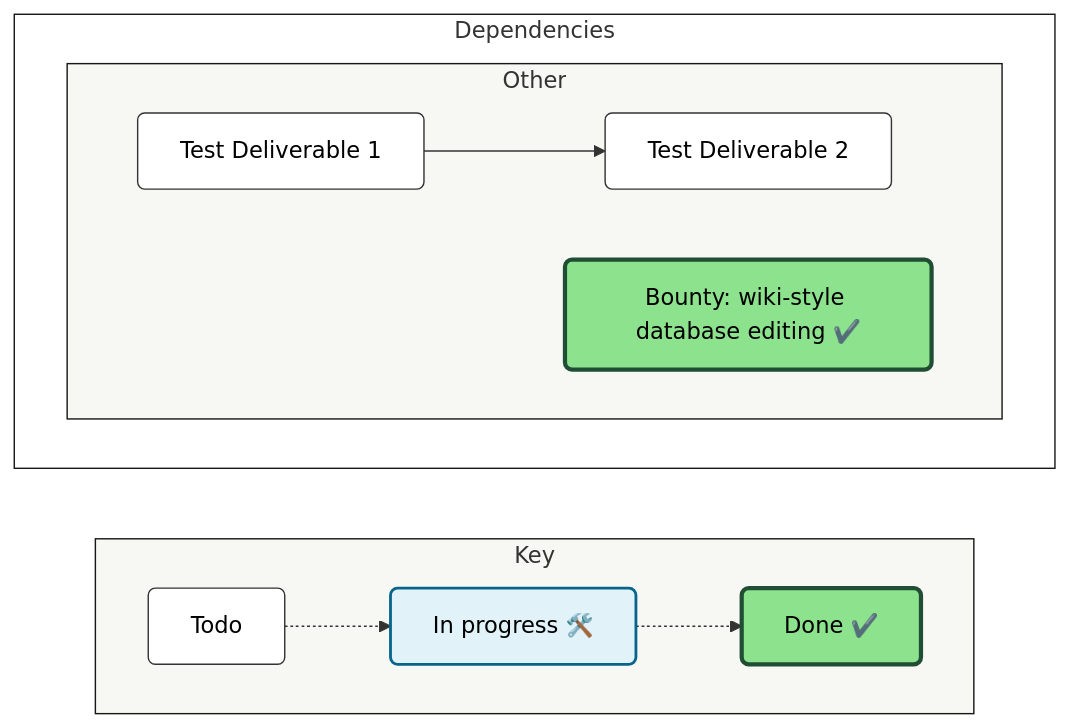
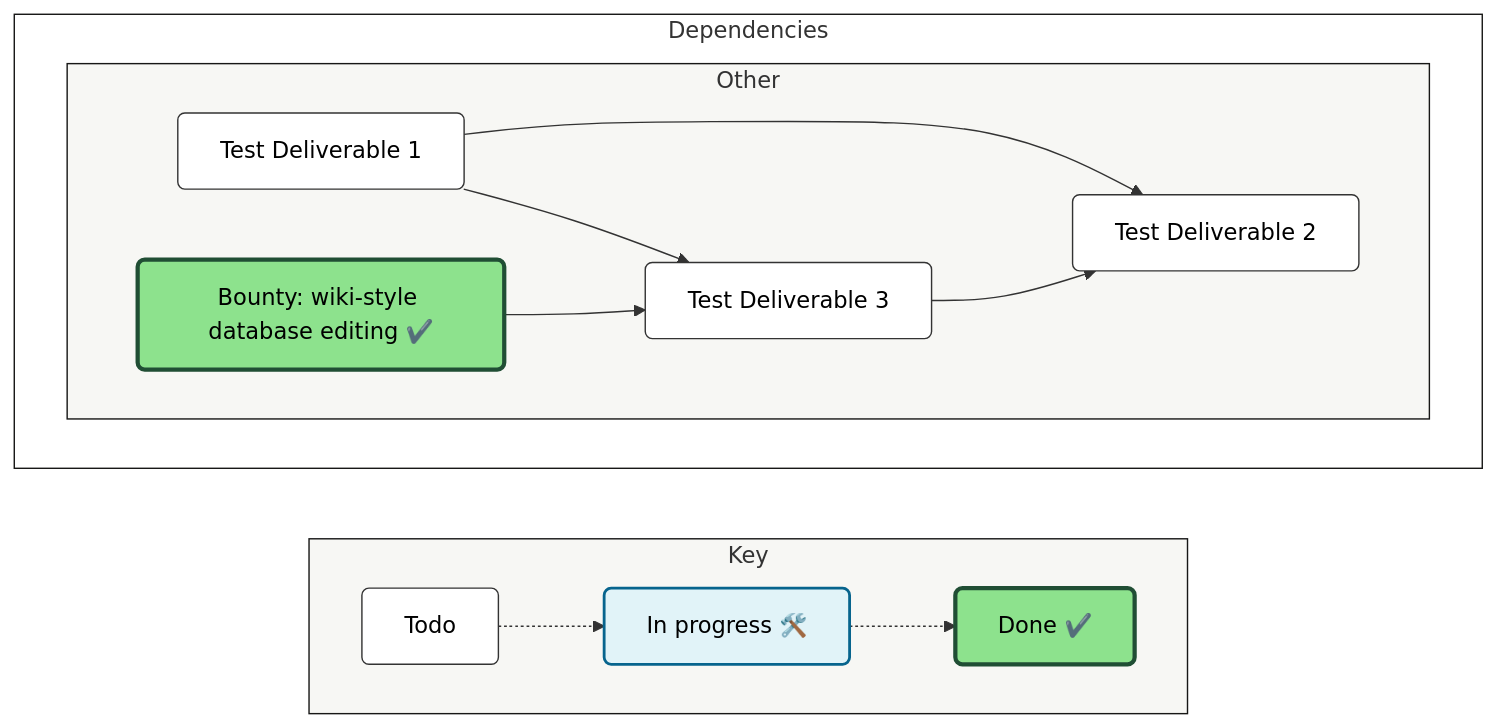
Before and after one commit to simpler-coop/simpler-template: the diagram in documentation/dependencies.md, drawn with Mermaid.

Commit message:
docs: Update dependencies.md with dependency diagram [skip ci]

````diff
--- a/documentation/dependencies.md
+++ b/documentation/dependencies.md
@@ -7,49 +7,53 @@
 ```mermaid
 
 flowchart LR
 
   %% ─────────────────────────────
   %% Styles
   %% ─────────────────────────────
   classDef default fill:#fff,stroke:#333,stroke-width:1px,color:#000,rx:5,ry:5
   classDef InProgress fill:#e1f3f8,stroke:#07648d,stroke-width:2px,color:#000
   classDef Done fill:#8DE28D,stroke:#204e34,stroke-width:3px,color:#000
   style Canvas fill:transparent,stroke:#171716
   style Legend fill:#F7F7F4,stroke:#171716
   style other fill:#F7F7F4,stroke:#171716
 
   %% ─────────────────────────────
   %% Legend
   %% ─────────────────────────────
   subgraph Legend["Key"]
     direction LR
     k1["Todo"]
     k2["In progress 🛠️ "]:::InProgress
     k3["Done ✔️"]:::Done
 
     k1 -.-> k2 -.-> k3
   end
 
   %% ─────────────────────────────
   %% Main canvas
   %% ─────────────────────────────
   subgraph Canvas["Dependencies"]
     direction LR
 
 
     subgraph other["Other"]
     direction LR
         simpler-coop/simpler-template#1["Test Deliverable 1"]
         simpler-coop/simpler-template#3["Test Deliverable 2"]
         simpler-coop/simpler-template#4["Bounty: wiki-style database editing ✔️"]:::Done
+        simpler-coop/simpler-template#10["Test Deliverable 3"]
     end
 
 
     %% ─────────────────────────────
     %% Relationships
     %% ─────────────────────────────
+    simpler-coop/simpler-template#1 --> simpler-coop/simpler-template#10
     simpler-coop/simpler-template#1 --> simpler-coop/simpler-template#3
+    simpler-coop/simpler-template#4 --> simpler-coop/simpler-template#10
+    simpler-coop/simpler-template#10 --> simpler-coop/simpler-template#3
 
   end
 
 ```
````
